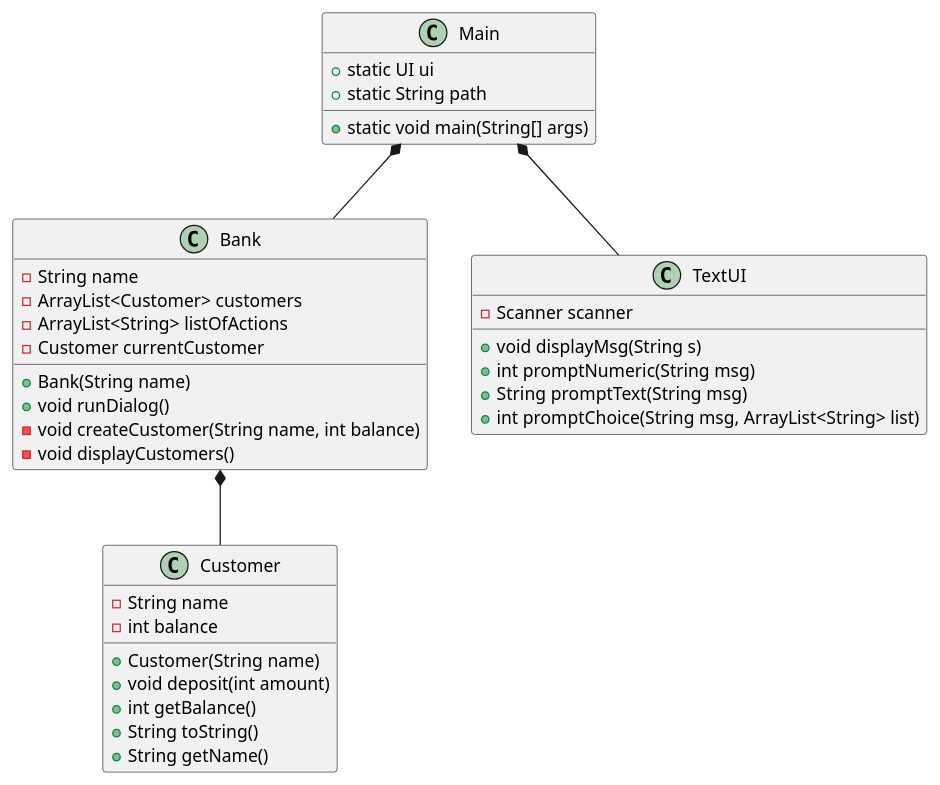
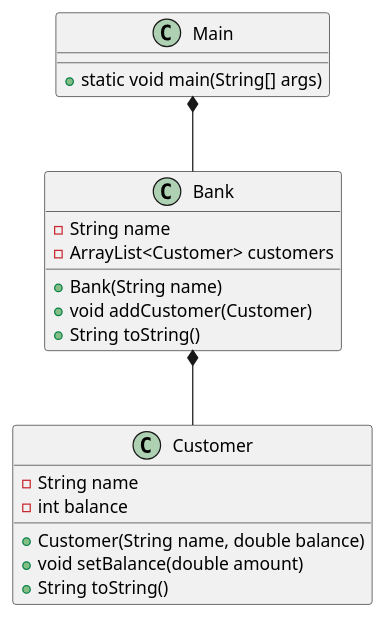
The diagram in doc/classdiagram.puml (EmilDagsberg/BankSystem), drawn with PlantUML before and after one commit. The commit also changed 3 other files, not shown here.

```diff
--- a/doc/classdiagram.puml
+++ b/doc/classdiagram.puml
@@ -1,42 +1,28 @@
 @startuml
 class Main{
-+ static UI ui
-+ static String path
-+ static void main(String[] args)
+ + static void main(String[] args)
 }
-
 
 class Bank{
  - String name
  - ArrayList<Customer> customers
- - ArrayList<String> listOfActions
- - Customer currentCustomer
  + Bank(String name)
- + void runDialog()
- - void createCustomer(String name, int balance)
- - void displayCustomers()
+ + void addCustomer(Customer)
+ + String toString()
 }
 
 class Customer{
-- String name
-- int balance
-+ Customer(String name)
-+ void deposit(int amount)
-+ int getBalance()
-+ String toString()
-+ String getName()
+ - String name
+ - int balance
+ + Customer(String name, double balance)
+ + void setBalance(double amount)
+ + String toString()
+
 }
 
-class TextUI{
-- Scanner scanner
-+ void displayMsg(String s)
-+ int promptNumeric(String msg)
-+ String promptText(String msg)
-+ int promptChoice(String msg, ArrayList<String> list)
-}
 
-Main *-- TextUI
+
 Main *-- Bank
 Bank *-- Customer
 
 @enduml
```
